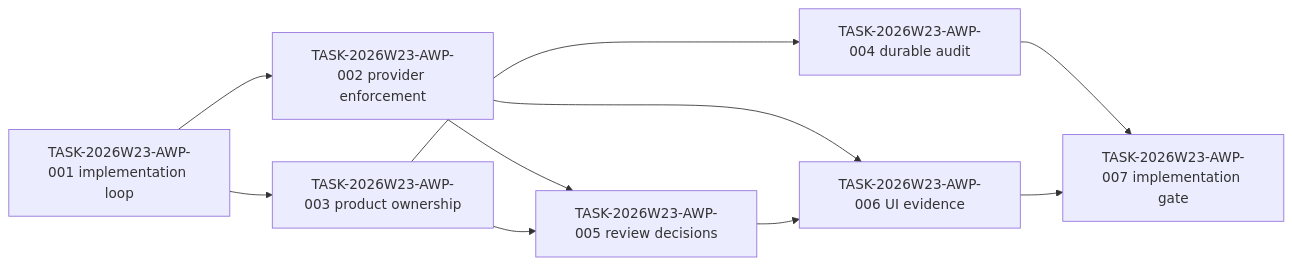
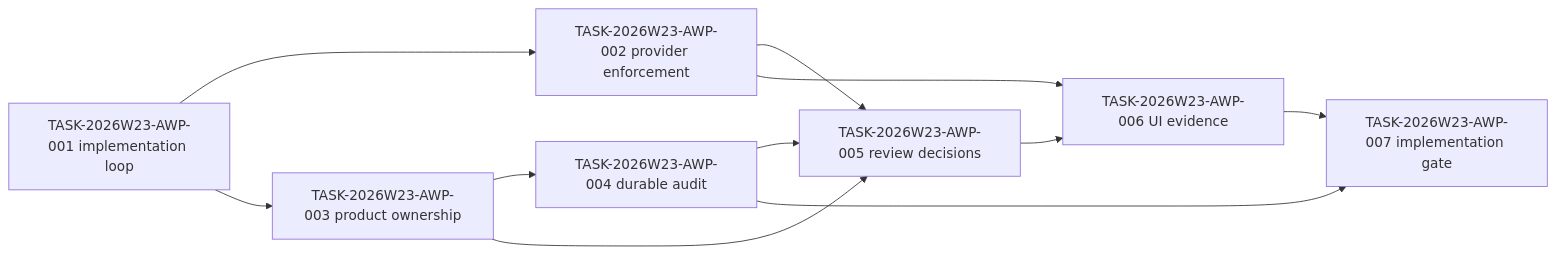
Before and after one commit to HYNCM/gis-engine: diagram 11 of 11 in docs/planning/dependency-graph.md, drawn with Mermaid. The commit also changed other lines of this file and 12 other files, not shown here.

````diff
--- a/docs/planning/dependency-graph.md
+++ b/docs/planning/dependency-graph.md
@@ -354,13 +355,14 @@
 ```mermaid
 flowchart LR
   A["TASK-2026W23-AWP-001 implementation loop"]
   A --> B["TASK-2026W23-AWP-002 provider enforcement"]
   A --> C["TASK-2026W23-AWP-003 product ownership"]
   C --> D["TASK-2026W23-AWP-004 durable audit"]
   B --> E["TASK-2026W23-AWP-005 review decisions"]
   C --> E
+  D --> E
   B --> F["TASK-2026W23-AWP-006 UI evidence"]
   E --> F
   D --> G["TASK-2026W23-AWP-007 implementation gate"]
   F --> G
 ```
````
